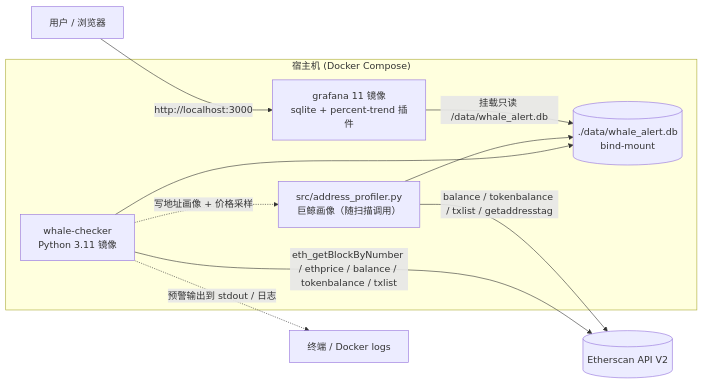
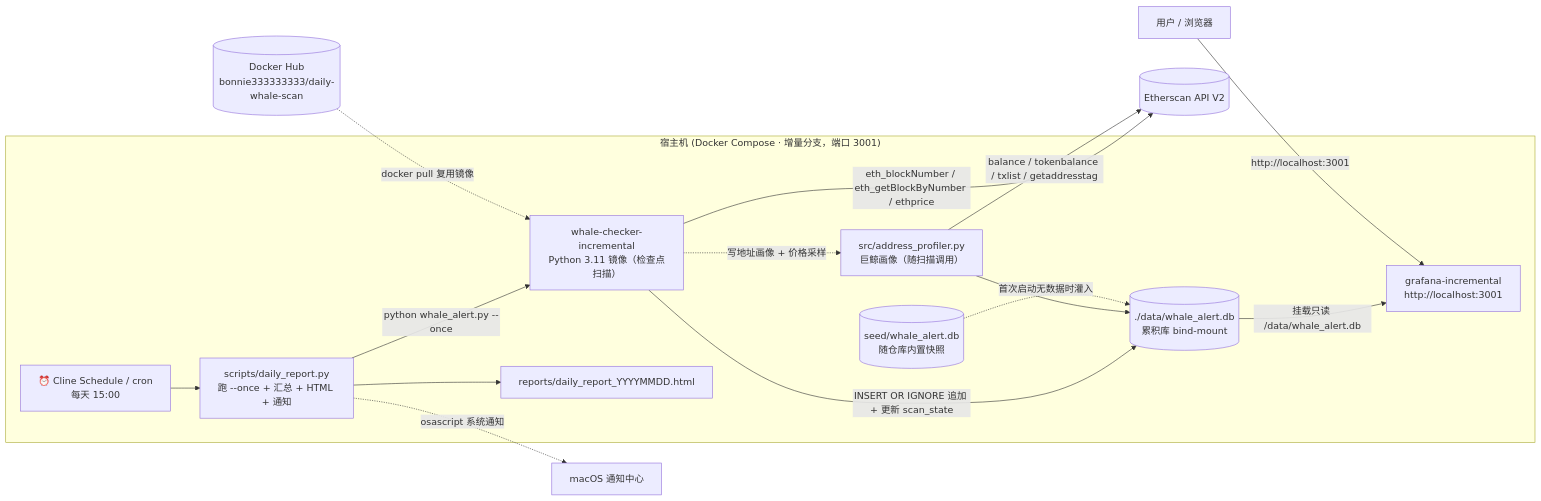
The first of 2 diagrams in README.md (DingBangBang/whale-alert-system), drawn with Mermaid before and after one commit. The commit also changed other lines of this file and 1 other file, not shown here.

Commit message:
docs(readme): update architecture & data-flow diagrams to reflect incremental features (scan_state checkpoint, INSERT OR IGNORE, daily schedule, daily_report, time-series panels, port 3001)

````diff
--- a/README.md
+++ b/README.md
@@ -146,21 +148,30 @@
 ```mermaid
 flowchart LR
-    subgraph Host["宿主机 (Docker Compose)"]
-        C["whale-checker<br/>Python 3.11 镜像"]
+    subgraph Host["宿主机 (Docker Compose · 增量分支，端口 3001)"]
+        SCH["⏰ Cline Schedule / cron<br/>每天 15:00"]
+        DR["scripts/daily_report.py<br/>跑 --once + 汇总 + HTML + 通知"]
+        C["whale-checker-incremental<br/>Python 3.11 镜像（检查点扫描）"]
         P["src/address_profiler.py<br/>巨鲸画像（随扫描调用）"]
-        G["grafana 11 镜像<br/>sqlite + percent-trend 插件"]
-        V[(./data/whale_alert.db<br/>bind-mount)]
+        G["grafana-incremental<br/>http://localhost:3001"]
+        V[("./data/whale_alert.db<br/>累积库 bind-mount")]
+        SD[("seed/whale_alert.db<br/>随仓库内置快照")]
+        RP["reports/daily_report_YYYYMMDD.html"]
     end
 
     ES[("Etherscan API V2")]
+    HUB[("Docker Hub<br/>bonnie333333333/daily-whale-scan")]
 
-    C -- "eth_getBlockByNumber / ethprice / balance / tokenbalance / txlist" --> ES
+    SCH --> DR
+    DR -- "python whale_alert.py --once" --> C
+    C -- "eth_blockNumber / eth_getBlockByNumber / ethprice" --> ES
     P -- "balance / tokenbalance / txlist / getaddresstag" --> ES
-    C --> V
+    C -- "INSERT OR IGNORE 追加 + 更新 scan_state" --> V
     P --> V
     C -. "写地址画像 + 价格采样" .-> P
-    G -- "挂载只读 /data/whale_alert.db" --> V
-    U["用户 / 浏览器"] -- "http://localhost:3000" --> G
-
-    C -. "预警输出到 stdout / 日志" .-> T["终端 / Docker logs"]
+    SD -. "首次启动无数据时灌入" .-> V
+    V -- "挂载只读 /data/whale_alert.db" --> G
+    U["用户 / 浏览器"] -- "http://localhost:3001" --> G
+    DR --> RP
+    DR -. "osascript 系统通知" .-> N["macOS 通知中心"]
+    HUB -. "docker pull 复用镜像" .-> C
 ```
````
